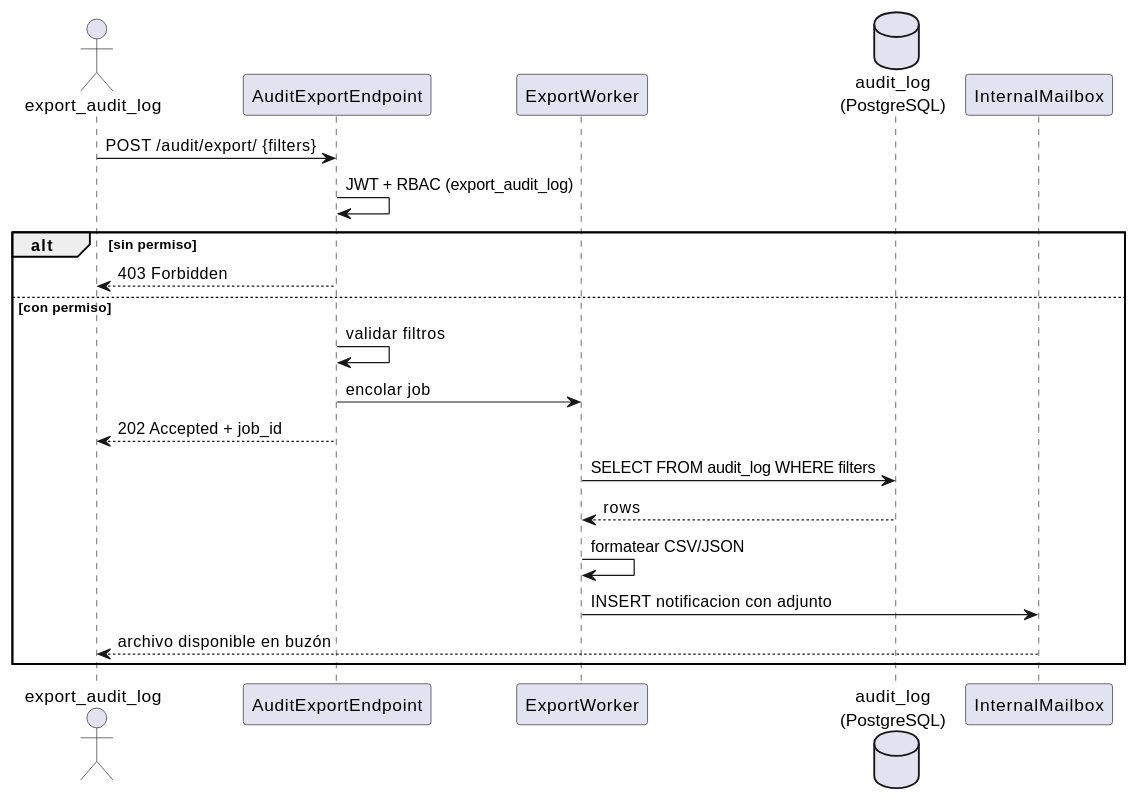
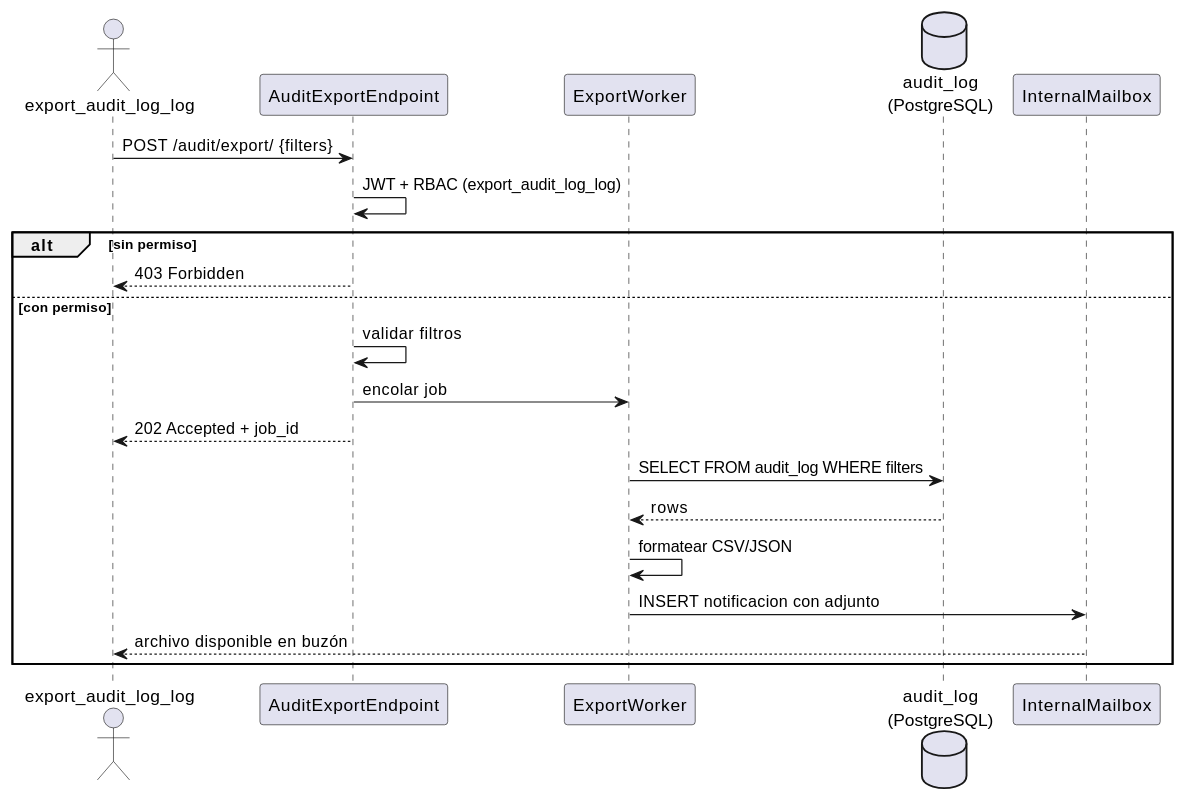
Before and after one commit to jcg-admin/IACT-docs: the fourth of 4 diagrams in source/requisitos/casos-uso/audit/uc-aud-03/diagramas-uml.rst, drawn with PlantUML. The commit also changed other lines of this file and 108 other files, not shown here.

First line of the commit message:
Apply catalog function names to non-diagram RST files

```diff
--- a/source/requisitos/casos-uso/audit/uc-aud-03/diagramas-uml.rst
+++ b/source/requisitos/casos-uso/audit/uc-aud-03/diagramas-uml.rst
@@ -71,24 +71,24 @@
 .. uml::
 
  @startuml
- actor "export_audit_log" as U
+ actor "export_audit_log_log" as U
  participant "AuditExportEndpoint" as EP
  participant "ExportWorker" as W
  database "audit_log\n(PostgreSQL)" as DB
  participant "InternalMailbox" as MB
 
  U -> EP : POST /audit/export/ {filters}
- EP -> EP : JWT + RBAC (export_audit_log)
+ EP -> EP : JWT + RBAC (export_audit_log_log)
  alt sin permiso
    EP --> U : 403 Forbidden
  else con permiso
    EP -> EP : validar filtros
    EP -> W : encolar job
    EP --> U : 202 Accepted + job_id
    W -> DB : SELECT FROM audit_log WHERE filters
    DB --> W : rows
    W -> W : formatear CSV/JSON
    W -> MB : INSERT notificacion con adjunto
    MB --> U : archivo disponible en buzón
  end
  @enduml
```
